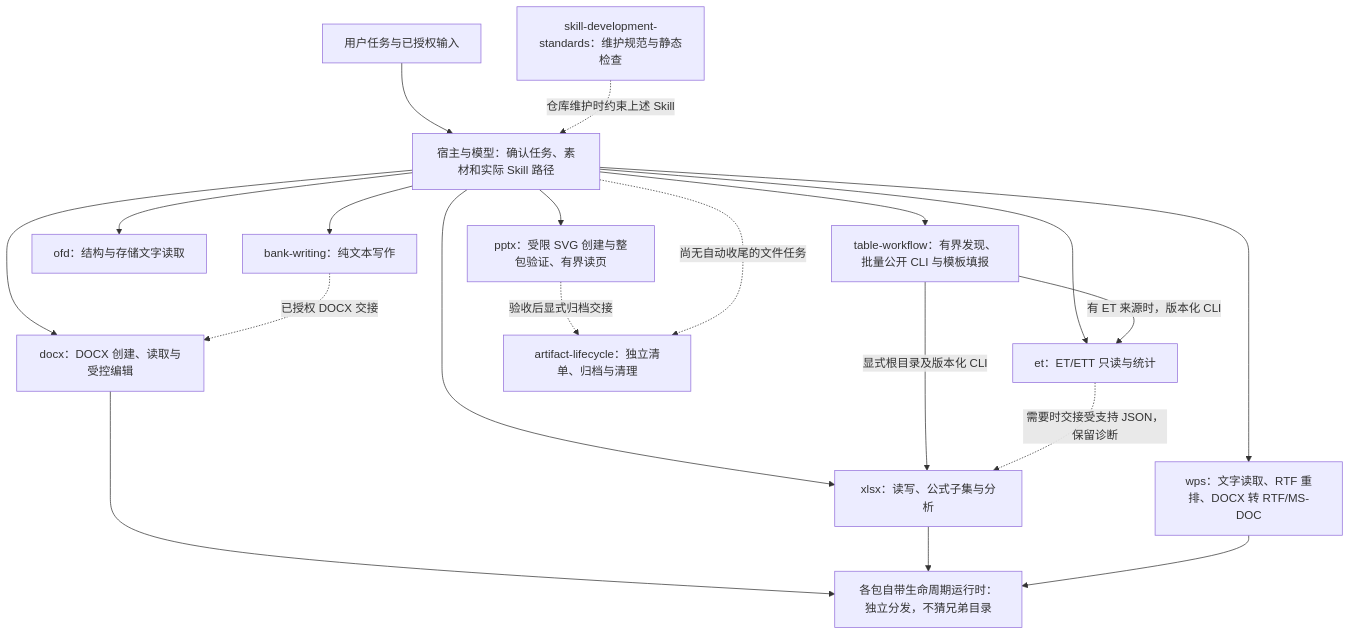
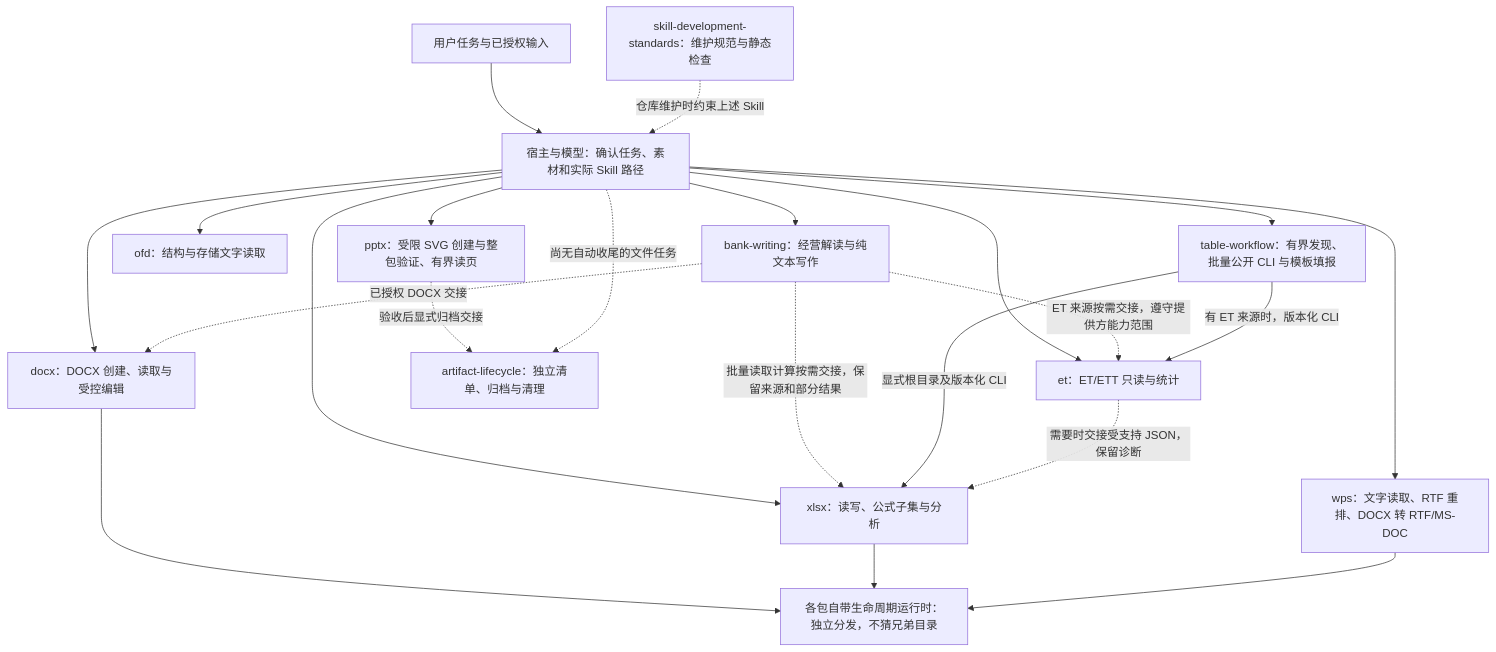
The first of 2 diagrams in docs/README.md (JohnParken/PSL-SKILLS), drawn with Mermaid before and after one commit. The commit also changed other lines of this file and 3 other files, not shown here.

````diff
--- a/docs/README.md
+++ b/docs/README.md
@@ -36,22 +36,24 @@
 ```mermaid
 flowchart TB
     U["用户任务与已授权输入"] --> H["宿主与模型：确认任务、素材和实际 Skill 路径"]
-    H --> B["bank-writing：纯文本写作"]
+    H --> B["bank-writing：经营解读与纯文本写作"]
     H --> D["docx：DOCX 创建、读取与受控编辑"]
     H --> W["wps：文字读取、RTF 重排、DOCX 转 RTF/MS-DOC"]
     H --> X["xlsx：读写、公式子集与分析"]
     H --> E["et：ET/ETT 只读与统计"]
     H --> O["ofd：结构与存储文字读取"]
     H --> P["pptx：受限 SVG 创建与整包验证、有界读页"]
     H --> T["table-workflow：有界发现、批量公开 CLI 与模板填报"]
     B -.->|"已授权 DOCX 交接"| D
+    B -.->|"批量读取计算按需交接，保留来源和部分结果"| X
+    B -.->|"ET 来源按需交接，遵守提供方能力范围"| E
     T -->|"显式根目录及版本化 CLI"| X
     T -->|"有 ET 来源时，版本化 CLI"| E
     E -.->|"需要时交接受支持 JSON，保留诊断"| X
     P -.->|"验收后显式归档交接"| L["artifact-lifecycle：独立清单、归档与清理"]
     H -.->|"尚无自动收尾的文件任务"| L
     D --> R["各包自带生命周期运行时：独立分发，不猜兄弟目录"]
     X --> R
     W --> R
     S["skill-development-standards：维护规范与静态检查"] -.->|"仓库维护时约束上述 Skill"| H
 ```
````
